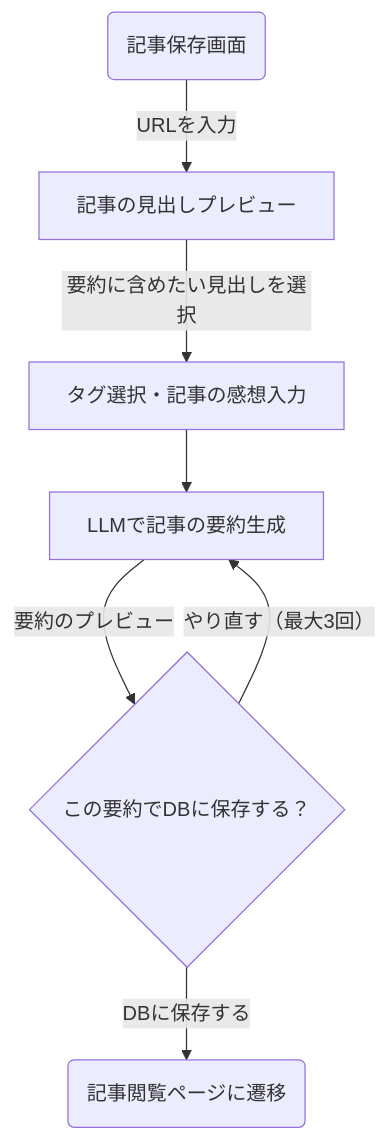
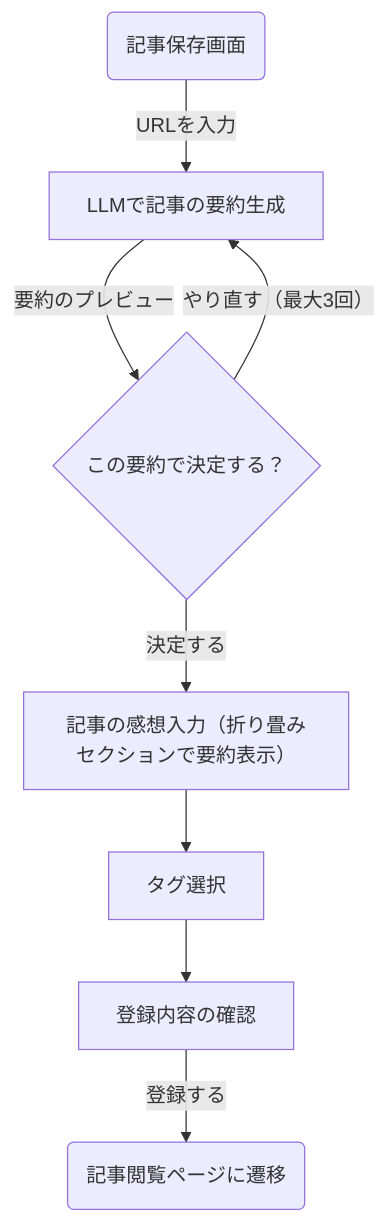
One commit to 2-yudetama/article-freezer changed the diagram in docs/registration_flowchart.md. Above: the diagram before and after it, drawn with Mermaid.

Commit message:
📝 記事登録フローの更新

````diff
--- a/docs/registration_flowchart.md
+++ b/docs/registration_flowchart.md
@@ -1,10 +1,11 @@
 ```mermaid
 flowchart TD
     A(記事保存画面) -->|URLを入力| B
-    B[記事の見出しプレビュー] -->|要約に含めたい見出しを選択| C
-    C[タグ選択・記事の感想入力] --> D
-    D[LLMで記事の要約生成] -->|要約のプレビュー| E
-    E{この要約でDBに保存する？} -->|DBに保存する| F
-    E{この要約でDBに保存する？} -->|やり直す（最大3回）| D
-    F(記事閲覧ページに遷移)
+    B[LLMで記事の要約生成] -->|要約のプレビュー| C
+    C{この要約で決定する？} -->|決定する| D
+    C{この要約で決定する？} -->|やり直す（最大3回）| B
+    D[記事の感想入力（折り畳みセクションで要約表示）] --> E
+    E[タグ選択] --> F
+    F[登録内容の確認] -->|登録する| G
+    G(記事閲覧ページに遷移)
 ```
````
